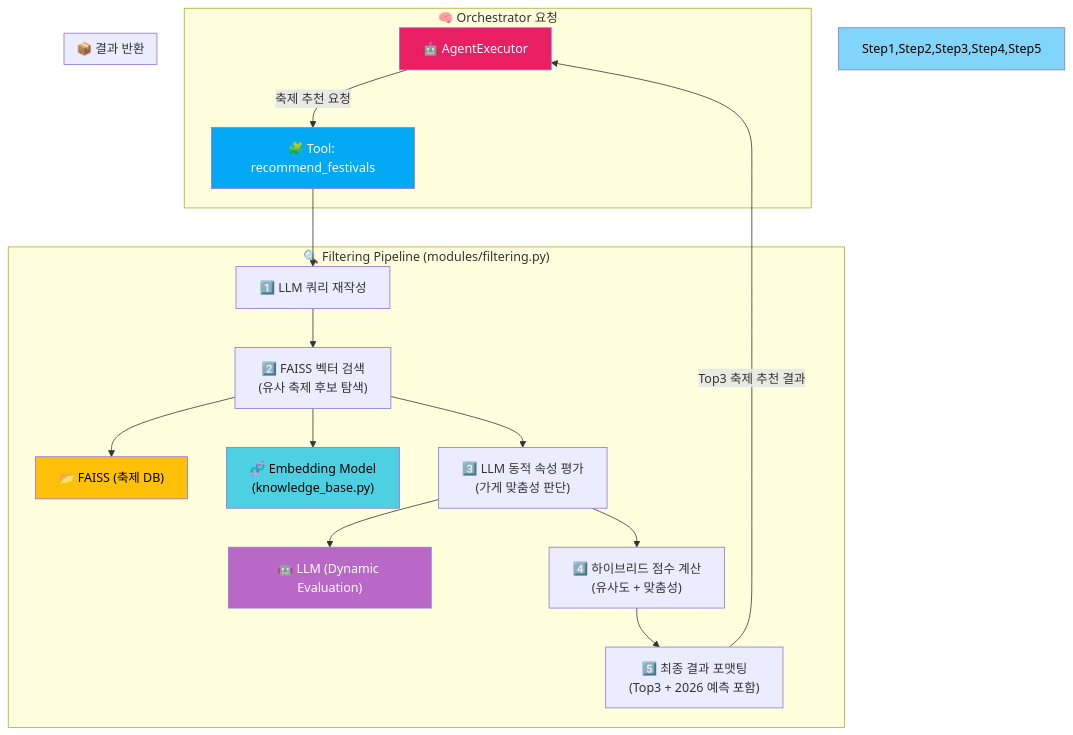
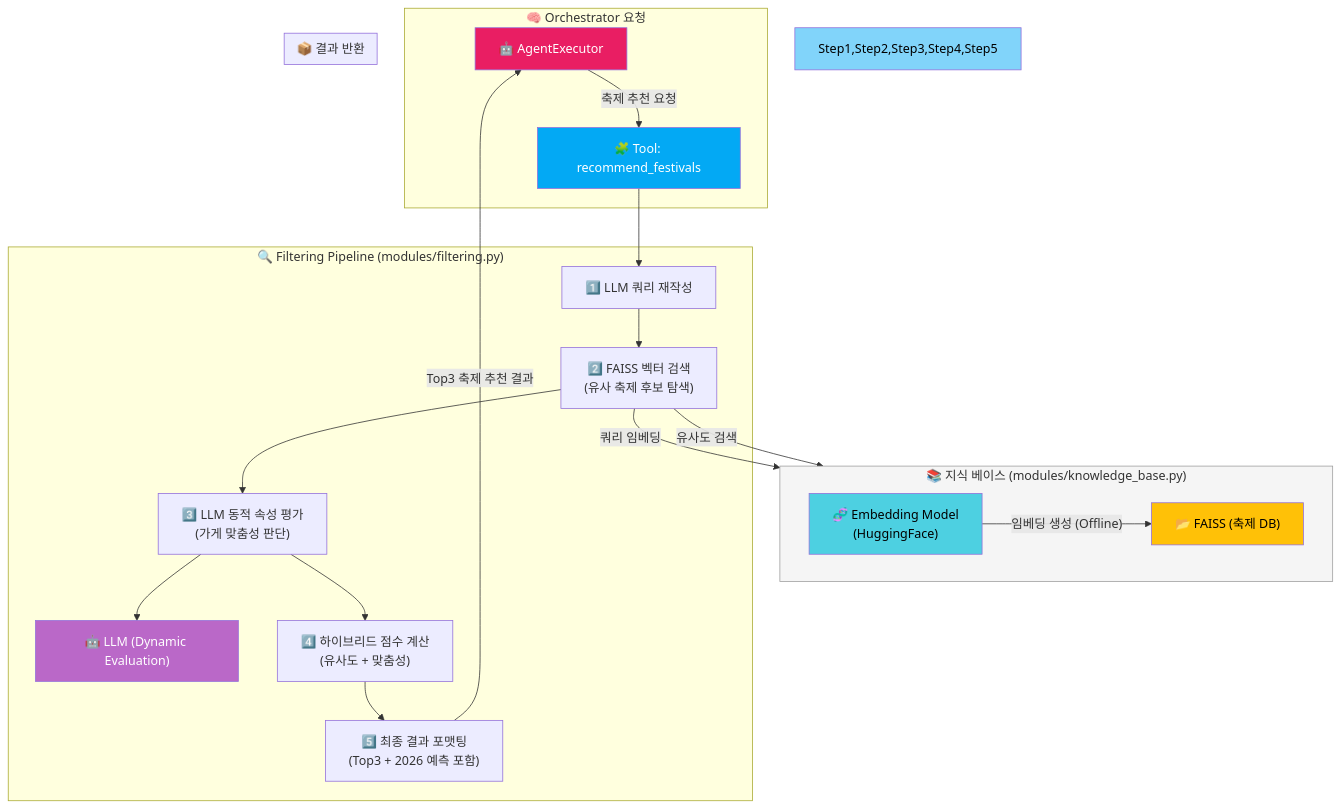
The second of 4 diagrams in README.md (Synapse-Bigcontest/2025_bigcontest), drawn with Mermaid before and after one commit. The commit also changed other lines of this file, not shown here.

````diff
--- a/README.md
+++ b/README.md
@@ -143,40 +143,54 @@
 ```mermaid
 graph TD
     %% ========================
     %% Orchestrator 요청
     %% ========================
     subgraph SG_Orchestrator_Req ["🧠 Orchestrator 요청"]
         Agent["🤖 AgentExecutor"] -- "축제 추천 요청" --> Tool_Rec["🧩 Tool: recommend_festivals"]
     end
 
     %% ========================
+    %% 지식 베이스 (수정)
+    %% ========================
+    subgraph SG_KnowledgeBase ["📚 지식 베이스 (modules/knowledge_base.py)"]
+        direction LR
+        EM["🧬 Embedding Model\n(HuggingFace)"]
+        VSF["📂 FAISS (축제 DB)"]
+        EM -- "임베딩 생성 (Offline)" --> VSF
+    end
+
+    %% ========================
     %% Filtering Pipeline
     %% ========================
     subgraph SG_Filtering_Pipeline ["🔍 Filtering Pipeline (modules/filtering.py)"]
         Tool_Rec --> Step1["1️⃣ LLM 쿼리 재작성"]
         Step1 --> Step2["2️⃣ FAISS 벡터 검색\n(유사 축제 후보 탐색)"]
-        Step2 --> VSF["📂 FAISS (축제 DB)"]
-        Step2 --> EM["🧬 Embedding Model\n(knowledge_base.py)"]
+        
+        %% RAG 흐름 명확화 (수정)
+        Step2 -- "쿼리 임베딩" --> EM
+        Step2 -- "유사도 검색" --> VSF
+
         Step2 --> Step3["3️⃣ LLM 동적 속성 평가\n(가게 맞춤성 판단)"]
         Step3 --> LLM1["🤖 LLM (Dynamic Evaluation)"]
         Step3 --> Step4["4️⃣ 하이브리드 점수 계산\n(유사도 + 맞춤성)"]
         Step4 --> Step5["5️⃣ 최종 결과 포맷팅\n(Top3 + 2026 예측 포함)"]
     end
 
     %% ========================
     %% 결과 반환
     %% ========================
     subgraph SG_Result_Return ["📦 결과 반환"]
         Step5 -- "Top3 축제 추천 결과" --> Agent
     end
 
     %% ========================
     %% 스타일
     %% ========================
     style Agent fill:#E91E63,color:#fff
     style Tool_Rec fill:#03A9F4,color:#fff
     style Step1,Step2,Step3,Step4,Step5 fill:#81D4FA,color:#000
     style VSF fill:#FFC107,color:#000
     style EM fill:#4DD0E1,color:#000 
     style LLM1 fill:#BA68C8,color:#fff
+    style SG_KnowledgeBase fill:#F5F5F5,stroke:#9E9E9E
 ```
````
